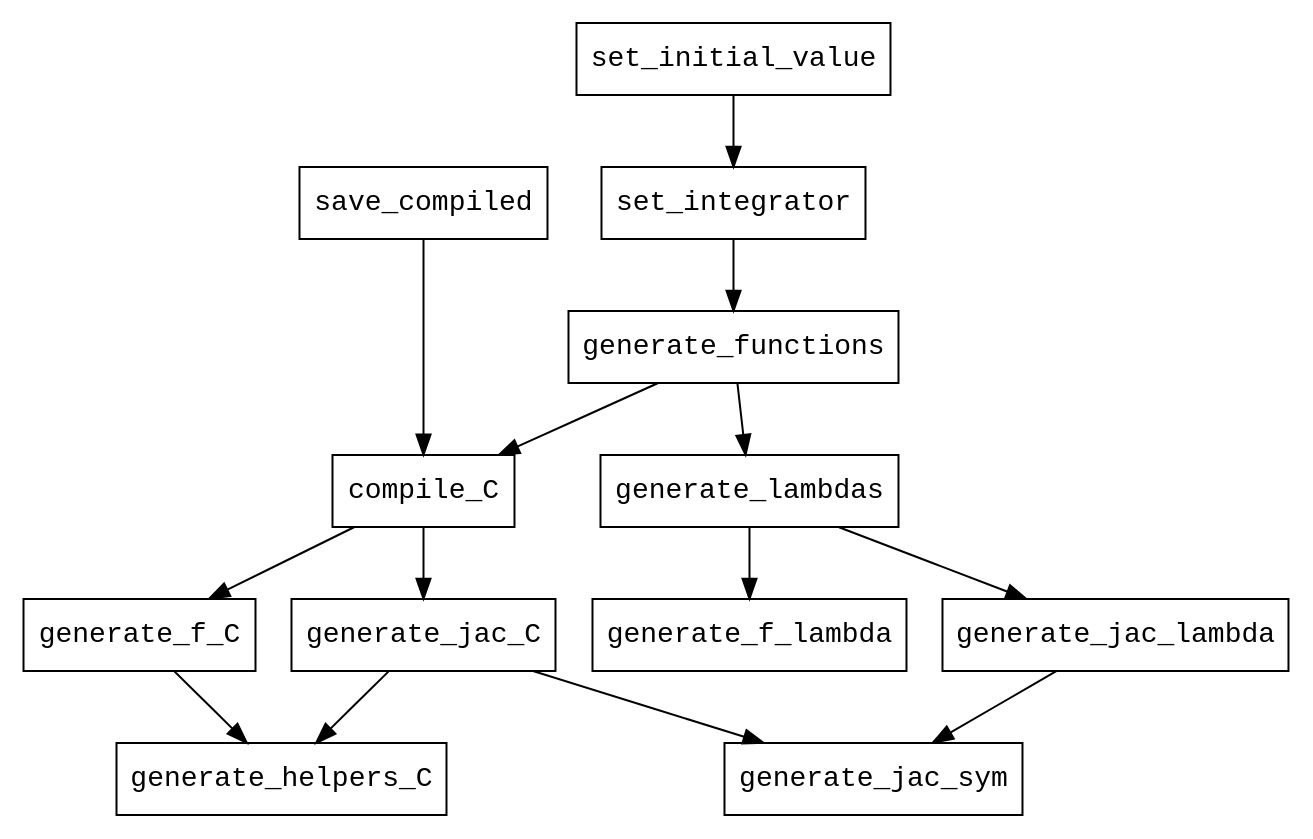
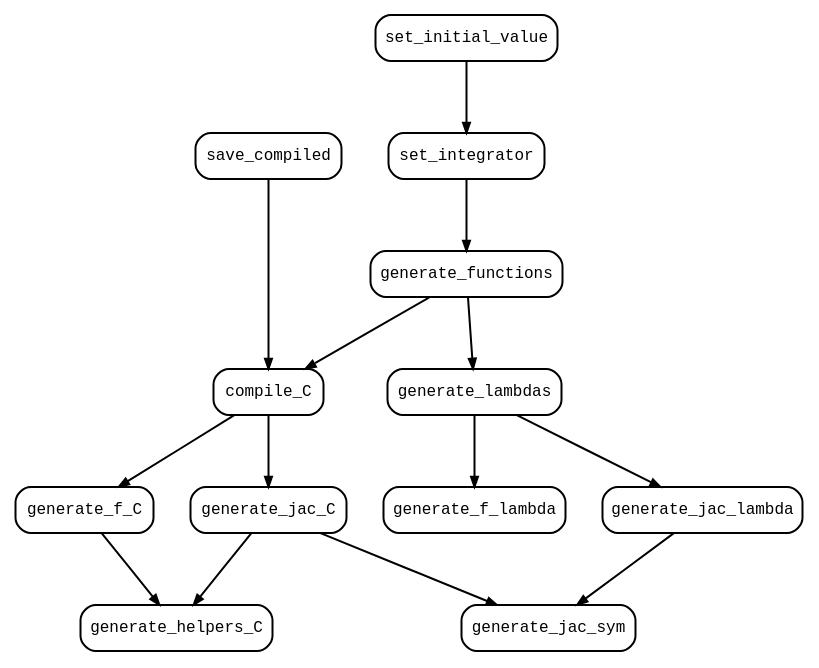
The diagram in docs/index.rst (neurophysik/jitcode), drawn with Graphviz before and after one commit.

Commit message:
Nicer call graph.

```diff
--- a/docs/index.rst
+++ b/docs/index.rst
@@ -69,11 +69,13 @@
 .. digraph:: foo
 	
-	node [shape=box fontname="Monospace"];
+	bgcolor = "transparent"
+	edge [arrowsize=0.5];
+	node [shape=box fontname="Monospace" fontsize=8 margin=0.1 width=0 height=0 fillcolor=white style="rounded,filled"];
 	{rank = same; "save_compiled"; "set_integrator"}
 	"set_initial_value" -> "set_integrator";
 	"save_compiled" -> "compile_C";
 	"set_integrator" -> "generate_functions" -> "compile_C" -> "generate_f_C" -> "generate_helpers_C";
 	"compile_C" -> "generate_jac_C" -> "generate_jac_sym";
 	"generate_jac_C"  -> "generate_helpers_C";
 	"generate_functions" -> "generate_lambdas" -> "generate_f_lambda";
 	"generate_lambdas" -> "generate_jac_lambda"-> "generate_jac_sym";
```
